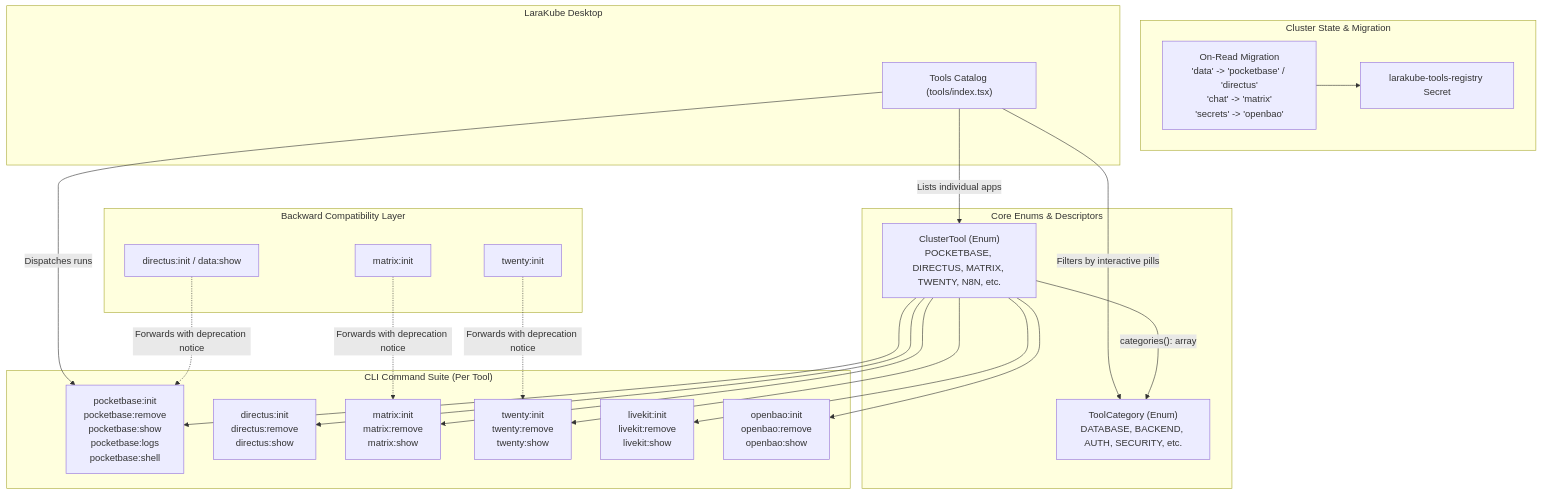
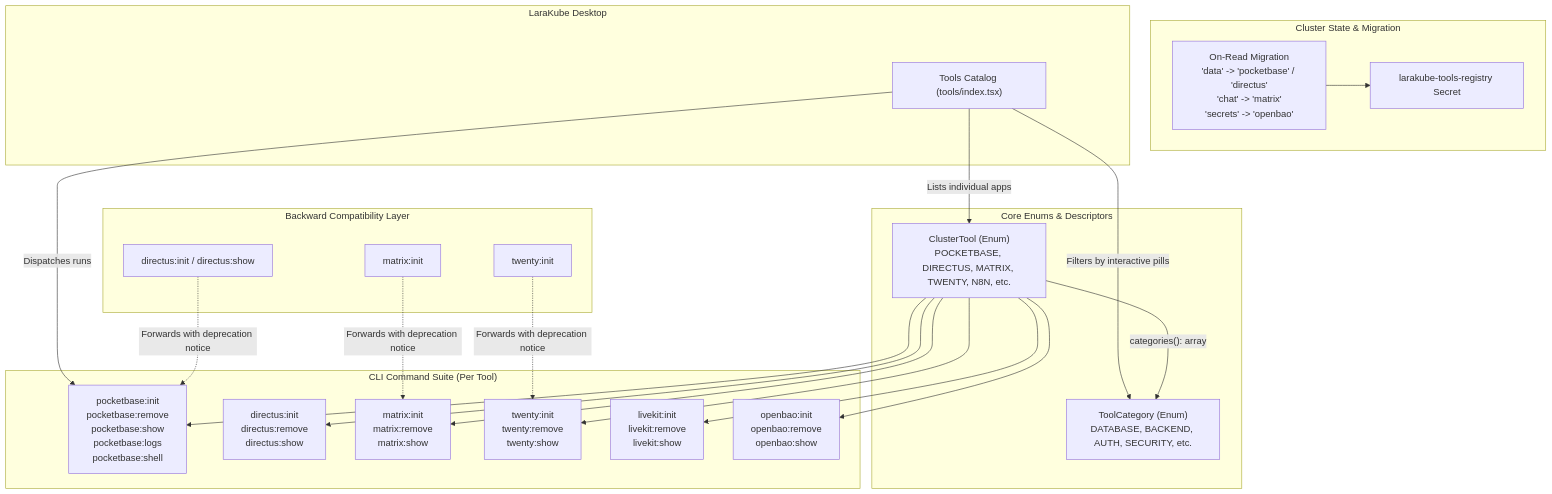
Before and after one commit to luchavez-technologies/larakube-cli: the diagram in plans/active/overhaul-tool-categories-to-individual-tools.md, drawn with Mermaid. The commit also changed 15 other files, not shown here.

````diff
--- a/plans/active/overhaul-tool-categories-to-individual-tools.md
+++ b/plans/active/overhaul-tool-categories-to-individual-tools.md
@@ -25,36 +25,36 @@
 ```mermaid
 graph TD
     subgraph "Core Enums & Descriptors"
         TC["ToolCategory (Enum)<br/>DATABASE, BACKEND, AUTH, SECURITY, etc."]
         CT["ClusterTool (Enum)<br/>POCKETBASE, DIRECTUS, MATRIX, TWENTY, N8N, etc."]
         CT -->|"categories(): array<ToolCategory>"| TC
     end
 
     subgraph "CLI Command Suite (Per Tool)"
         CT --> PB["pocketbase:init<br/>pocketbase:remove<br/>pocketbase:show<br/>pocketbase:logs<br/>pocketbase:shell"]
         CT --> DIR["directus:init<br/>directus:remove<br/>directus:show"]
         CT --> MX["matrix:init<br/>matrix:remove<br/>matrix:show"]
         CT --> TW["twenty:init<br/>twenty:remove<br/>twenty:show"]
         CT --> LK["livekit:init<br/>livekit:remove<br/>livekit:show"]
         CT --> OB["openbao:init<br/>openbao:remove<br/>openbao:show"]
     end
 
     subgraph "Backward Compatibility Layer"
-        LEG_DATA["directus:init / data:show"] -.->|"Forwards with deprecation notice"| PB
+        LEG_DATA["directus:init / directus:show"] -.->|"Forwards with deprecation notice"| PB
         LEG_CHAT["matrix:init"] -.->|"Forwards with deprecation notice"| MX
         LEG_CRM["twenty:init"] -.->|"Forwards with deprecation notice"| TW
     end
 
     subgraph "Cluster State & Migration"
         CTR["larakube-tools-registry Secret"]
         MIG["On-Read Migration<br/>'data' -> 'pocketbase' / 'directus'<br/>'chat' -> 'matrix'<br/>'secrets' -> 'openbao'"]
         MIG --> CTR
     end
 
     subgraph "LaraKube Desktop"
         UI["Tools Catalog (tools/index.tsx)"]
         UI -->|"Lists individual apps"| CT
         UI -->|"Filters by interactive pills"| TC
         UI -->|"Dispatches runs"| PB
     end
 ```
````
